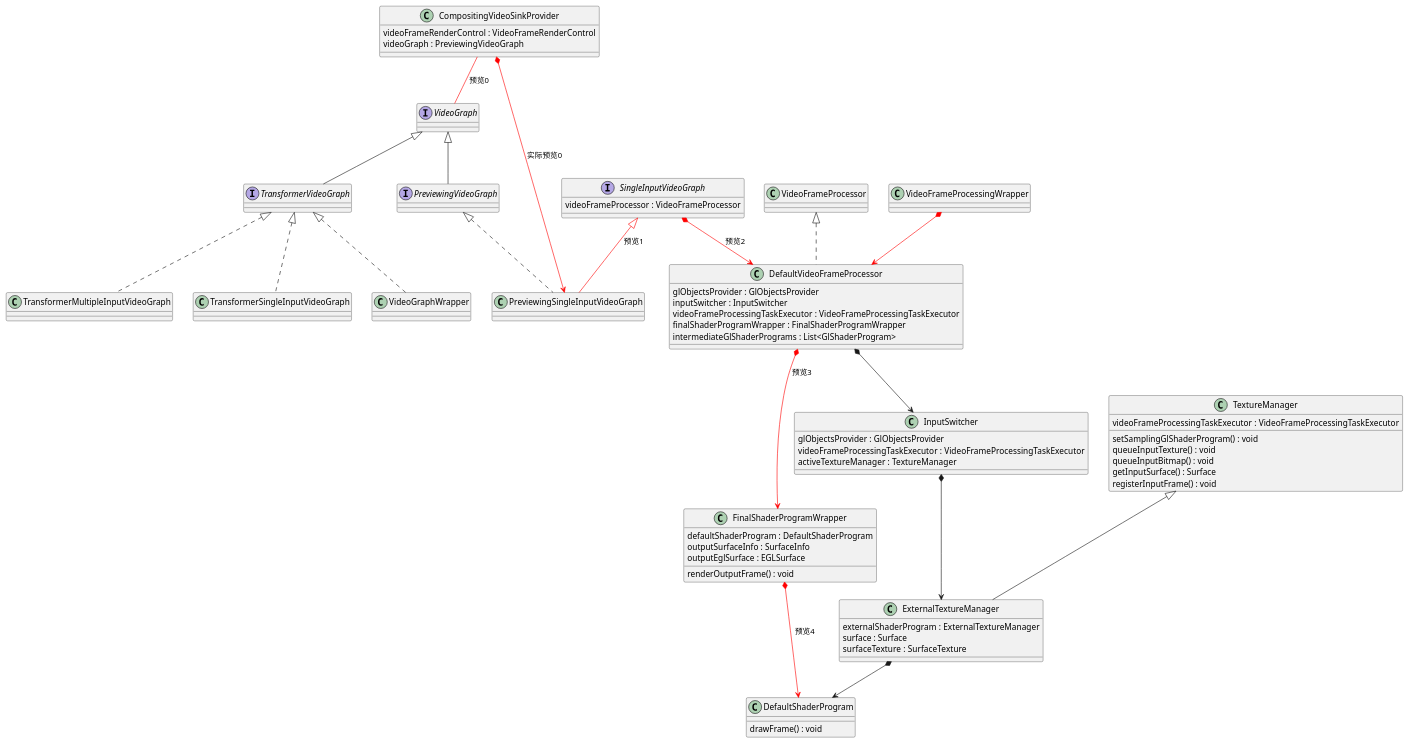
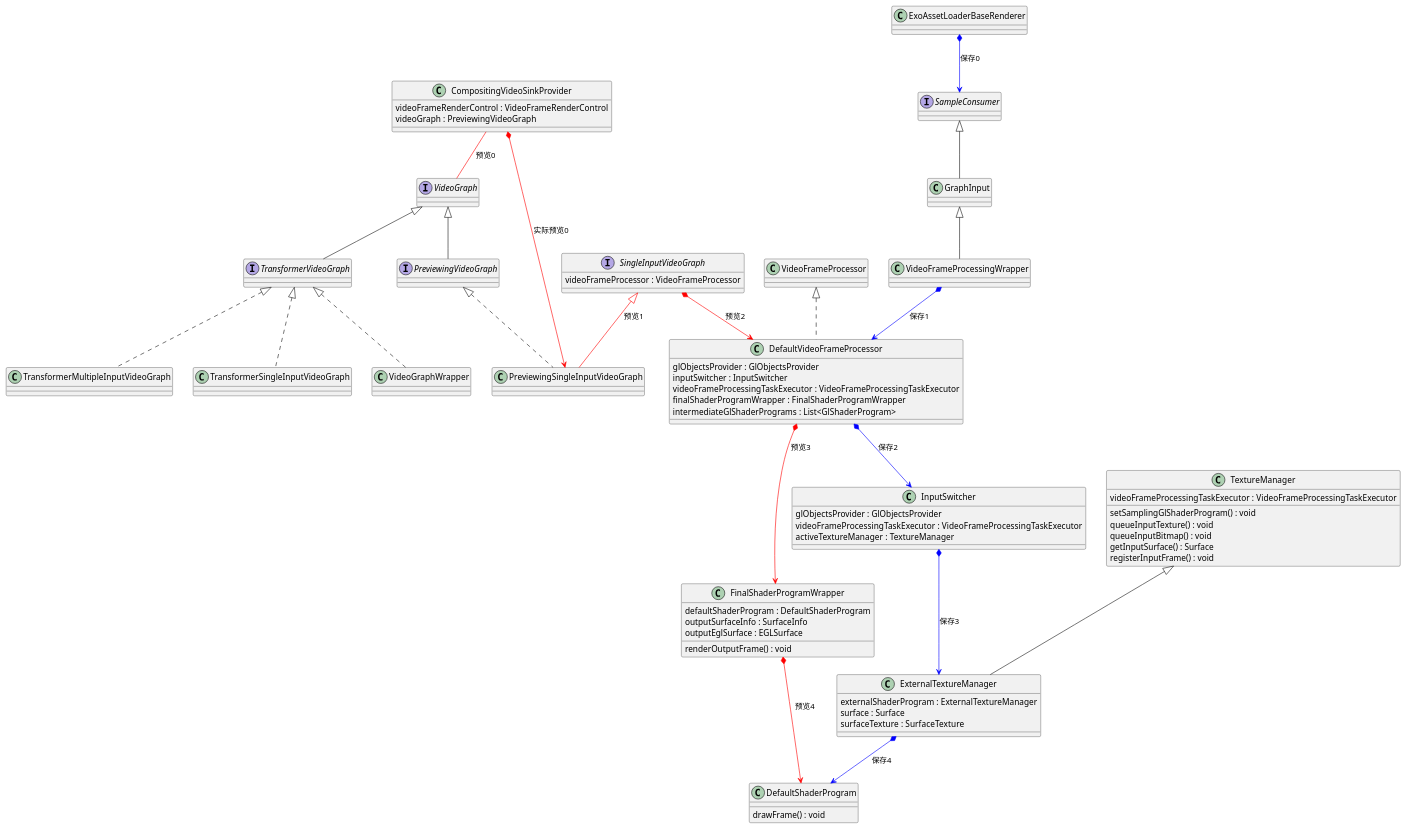
The diagram in VideoGraph.puml (AndyYoung1004/Exo_Transformer), drawn with PlantUML before and after one commit. The commit also changed 3 other files, not shown here.

```diff
--- a/VideoGraph.puml
+++ b/VideoGraph.puml
@@ -1,87 +1,94 @@
 @startuml
 
 VideoGraph <|-- TransformerVideoGraph
 VideoGraph <|-- PreviewingVideoGraph
 TransformerVideoGraph <|.. TransformerMultipleInputVideoGraph
 TransformerVideoGraph <|.. TransformerSingleInputVideoGraph
 TransformerVideoGraph <|.. VideoGraphWrapper
 
 class CompositingVideoSinkProvider {
 videoFrameRenderControl : VideoFrameRenderControl
 videoGraph : PreviewingVideoGraph
 }
 
 CompositingVideoSinkProvider -[#red]- VideoGraph : 预览0
 CompositingVideoSinkProvider *-[#red]-> PreviewingSingleInputVideoGraph : 实际预览0
 
 interface VideoGraph {}
 
 interface TransformerVideoGraph {}
 
 interface PreviewingVideoGraph {}
 
 class TransformerMultipleInputVideoGraph {}
 class TransformerSingleInputVideoGraph
 class VideoGraphWrapper {}
 class PreviewingSingleInputVideoGraph {}
 
 interface SingleInputVideoGraph {
 videoFrameProcessor : VideoFrameProcessor
 }
 class VideoFrameProcessor {
 }
 
 SingleInputVideoGraph *-[#red]-> DefaultVideoFrameProcessor : 预览2
 
 PreviewingVideoGraph <|.. PreviewingSingleInputVideoGraph
 SingleInputVideoGraph <|-[#red]- PreviewingSingleInputVideoGraph : 预览1
 
 
 class DefaultVideoFrameProcessor {
 glObjectsProvider : GlObjectsProvider
 inputSwitcher : InputSwitcher
 videoFrameProcessingTaskExecutor : VideoFrameProcessingTaskExecutor
 finalShaderProgramWrapper : FinalShaderProgramWrapper
 intermediateGlShaderPrograms : List<GlShaderProgram>
 }
 class FinalShaderProgramWrapper {
 defaultShaderProgram : DefaultShaderProgram
 outputSurfaceInfo : SurfaceInfo
 outputEglSurface : EGLSurface
 renderOutputFrame() : void
 }
 DefaultVideoFrameProcessor *-[#red]-> FinalShaderProgramWrapper : 预览3
 FinalShaderProgramWrapper *-[#red]-> DefaultShaderProgram  : 预览4
 
 class InputSwitcher {
 glObjectsProvider : GlObjectsProvider
 videoFrameProcessingTaskExecutor : VideoFrameProcessingTaskExecutor
 activeTextureManager : TextureManager
 }
 class TextureManager {
 videoFrameProcessingTaskExecutor : VideoFrameProcessingTaskExecutor
 setSamplingGlShaderProgram() : void
 queueInputTexture() : void
 queueInputBitmap() : void
 getInputSurface() : Surface
 registerInputFrame() : void
 }
 class ExternalTextureManager {
 externalShaderProgram : ExternalTextureManager
 surface : Surface
 surfaceTexture : SurfaceTexture
 }
 
 class DefaultShaderProgram {
 drawFrame() : void
 }
 
-ExternalTextureManager *--> DefaultShaderProgram
+ExternalTextureManager *-[#blue]-> DefaultShaderProgram : 保存4
 TextureManager <|-- ExternalTextureManager
-InputSwitcher *--> ExternalTextureManager
-DefaultVideoFrameProcessor *--> InputSwitcher
+InputSwitcher *-[#blue]-> ExternalTextureManager : 保存3
+DefaultVideoFrameProcessor *-[#blue]-> InputSwitcher : 保存2
 VideoFrameProcessor <|.. DefaultVideoFrameProcessor
-VideoFrameProcessingWrapper *-[#red]-> DefaultVideoFrameProcessor
+VideoFrameProcessingWrapper *-[#blue]-> DefaultVideoFrameProcessor : 保存1
 
+interface SampleConsumer {
+}
+class GraphInput {
+}
+SampleConsumer <|-- GraphInput
+GraphInput <|-- VideoFrameProcessingWrapper
+ExoAssetLoaderBaseRenderer *-[#blue]-> SampleConsumer : 保存0
 
 @enduml
```
